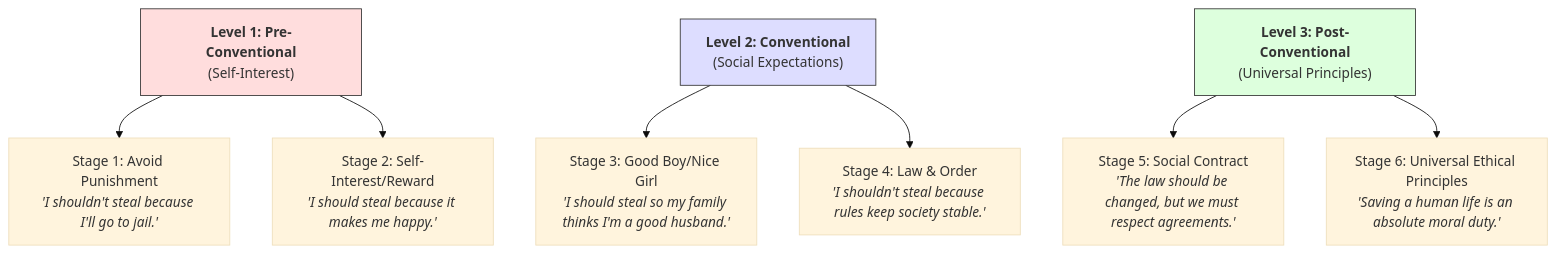
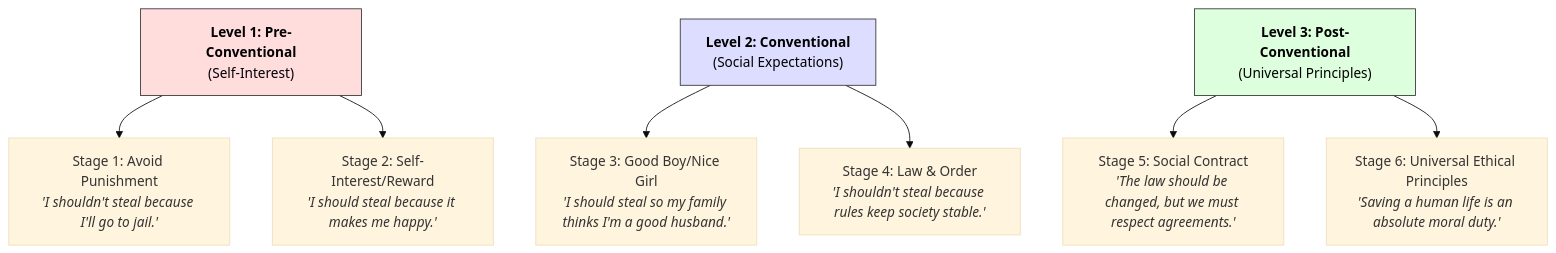
Before and after one commit to AtlasRoX/everything101: the second of 2 diagrams in humanities-finance-society/Philosophy/Morality101.md, drawn with Mermaid (base theme). The commit also changed other lines of this file and 27 other files, not shown here.

````diff
--- a/humanities-finance-society/Philosophy/Morality101.md
+++ b/humanities-finance-society/Philosophy/Morality101.md
@@ -91,15 +91,15 @@
 ```mermaid
 graph TD
     Level1["<b>Level 1: Pre-Conventional</b><br>(Self-Interest)"] --> Stage1["Stage 1: Avoid Punishment<br><i>'I shouldn't steal because I'll go to jail.'</i>"]
     Level1 --> Stage2["Stage 2: Self-Interest/Reward<br><i>'I should steal because it makes me happy.'</i>"]
     
     Level2["<b>Level 2: Conventional</b><br>(Social Expectations)"] --> Stage3["Stage 3: Good Boy/Nice Girl<br><i>'I should steal so my family thinks I'm a good husband.'</i>"]
     Level2 --> Stage4["Stage 4: Law & Order<br><i>'I shouldn't steal because rules keep society stable.'</i>"]
     
     Level3["<b>Level 3: Post-Conventional</b><br>(Universal Principles)"] --> Stage5["Stage 5: Social Contract<br><i>'The law should be changed, but we must respect agreements.'</i>"]
     Level3 --> Stage6["Stage 6: Universal Ethical Principles<br><i>'Saving a human life is an absolute moral duty.'</i>"]
     
-    style Level1 fill:#fdd,stroke:#333
-    style Level2 fill:#ddf,stroke:#333
-    style Level3 fill:#dfd,stroke:#333
+    style Level1 fill:#fdd,stroke:#333,color:#000
+    style Level2 fill:#ddf,stroke:#333,color:#000
+    style Level3 fill:#dfd,stroke:#333,color:#000
 ```
````
